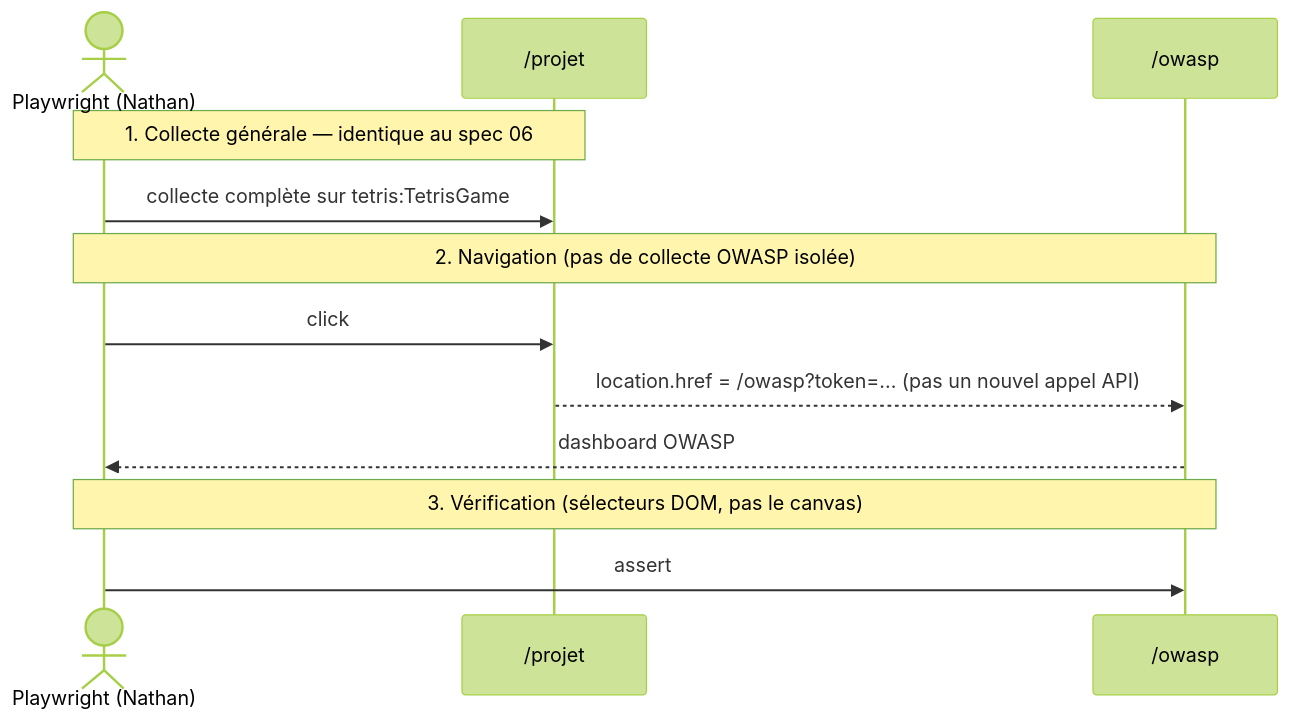
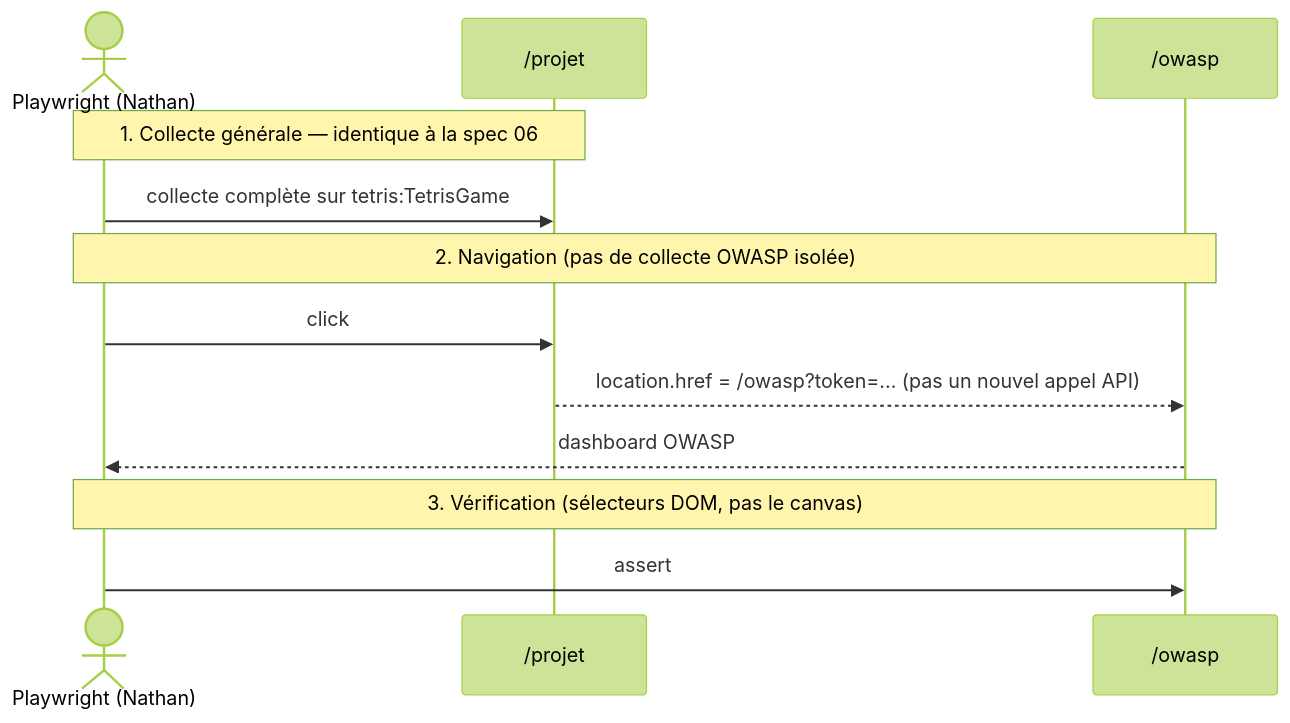
Diagram 12 of 23 in mkDocs/docs/ma-moulinette/developpement/test-e2e.md (Laurent-hadjadj/ma-moulinette), drawn with Mermaid (forest theme) before and after one commit. The commit also changed other lines of this file, not shown here.

````diff
--- a/mkDocs/docs/ma-moulinette/developpement/test-e2e.md
+++ b/mkDocs/docs/ma-moulinette/developpement/test-e2e.md
@@ -540,17 +555,17 @@
 ```mermaid
 sequenceDiagram
     actor PW as Playwright (Nathan)
     participant Projet as /projet
     participant Owasp as /owasp
 
-    Note over PW,Projet: 1. Collecte générale — identique au spec 06
+    Note over PW,Projet: 1. Collecte générale — identique à la spec 06
     PW->>Projet: collecte complète sur tetris:TetrisGame
 
     Note over PW,Owasp: 2. Navigation (pas de collecte OWASP isolée)
     PW->>Projet: click #bouton-analyse-owasp
     Projet-->>Owasp: location.href = /owasp?token=... (pas un nouvel appel API)
     Owasp-->>PW: dashboard OWASP
 
     Note over PW,Owasp: 3. Vérification (sélecteurs DOM, pas le canvas)
     PW->>Owasp: assert #nombre-faille-owasp, #a1..#a10, #tbody visibles
 ```
````
